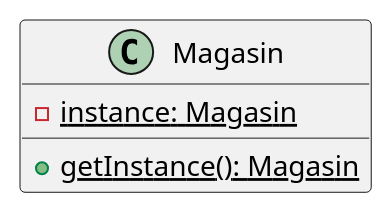
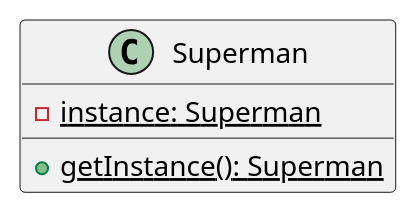
One commit to jandry/design-pattern changed the diagram in src/uml/Singleton.puml. Above: the diagram before and after it, drawn with PlantUML. The commit also changed 4 other files, not shown here.

```diff
--- a/src/uml/Singleton.puml
+++ b/src/uml/Singleton.puml
@@ -1,7 +1,7 @@
 @startuml Singleton
 
-class Magasin {
-    {static} - instance: Magasin
-    {static} + getInstance(): Magasin
+class Superman {
+    {static} - instance: Superman
+    {static} + getInstance(): Superman
 }
 @enduml
```
